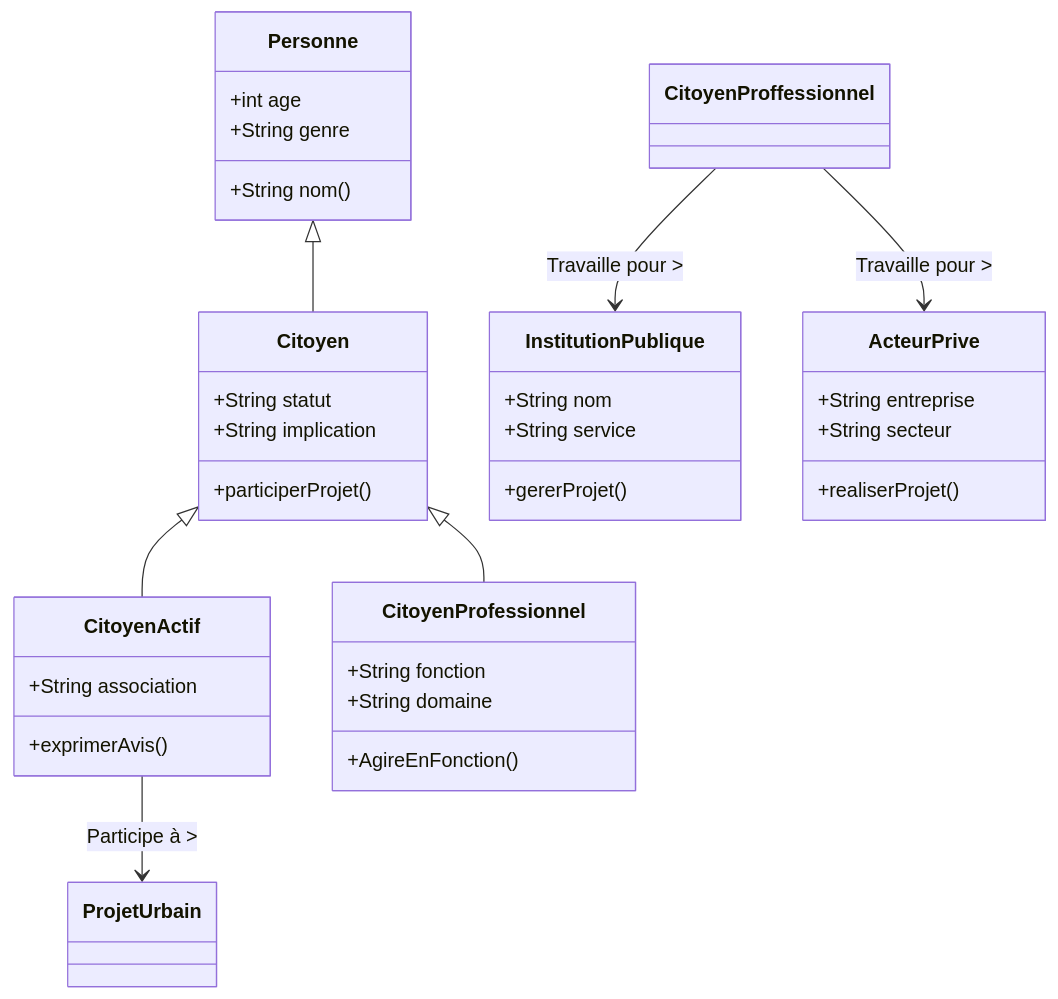
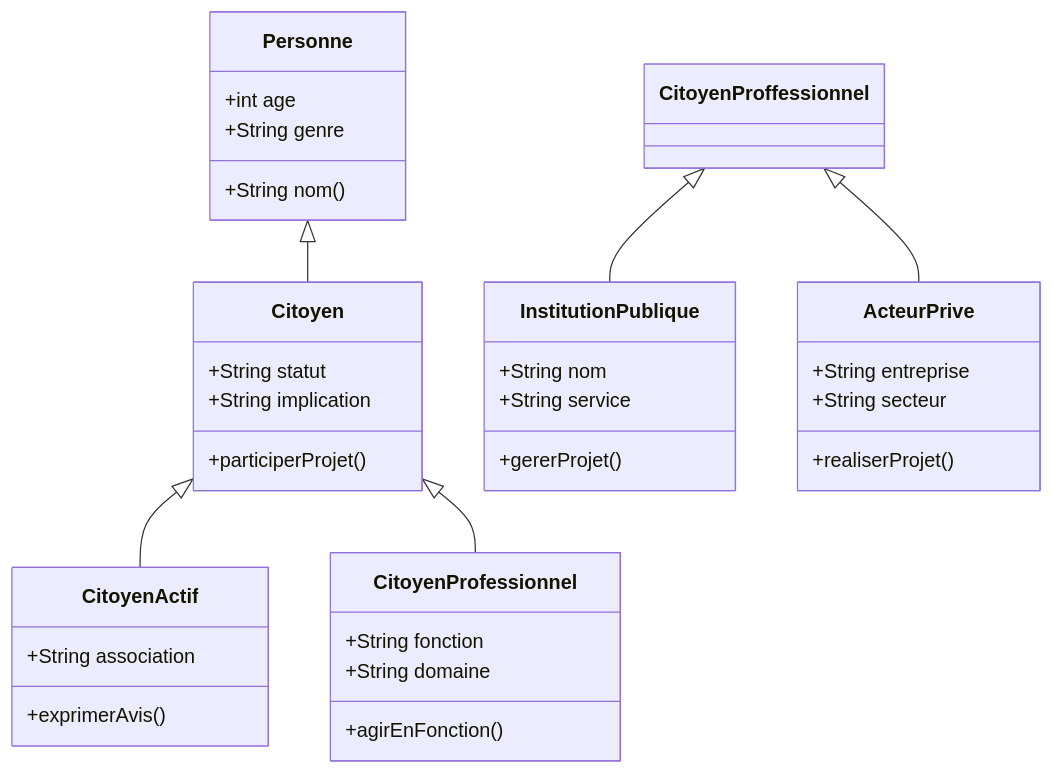
Before and after one commit to kahiarchi/plaine---saint--Denis---batiment-: the diagram in acteurskahiachi3.md, drawn with Mermaid.

````diff
--- a/acteurskahiachi3.md
+++ b/acteurskahiachi3.md
@@ -1,40 +1,42 @@
 ```mermaid
 classDiagram
     Personne <|-- Citoyen
     Citoyen <|-- CitoyenActif
     Citoyen <|-- CitoyenProfessionnel
-    CitoyenActif --> ProjetUrbain : Participe à >
-    CitoyenProffessionnel --> InstitutionPublique : Travaille pour >
-    CitoyenProffessionnel --> ActeurPrive : Travaille pour >
+    CitoyenProffessionnel <|-- InstitutionPublique 
+    CitoyenProffessionnel <|-- ActeurPrive 
    
   class Personne {
      +int age
      +String genre
      +String nom ()
     }
+
   class Citoyen {
      +String statut 
      +String implication
      +participerProjet()
     }
+class CitoyenProfessionnel{
+      +String fonction
+      +String domaine
+      +agirEnFonction()
+      
+     }
   class CitoyenActif{
           +String association
           +exprimerAvis()
           }
-    class CitoyenProfessionnel{
-      +String fonction
-      +String domaine
-      +AgireEnFonction()
-     }
+    
    class InstitutionPublique{
       +String nom
       +String service
       +gererProjet()
      }
    class ActeurPrive{
       +String entreprise
       +String secteur
       +realiserProjet()
      }
   
 ```
````
